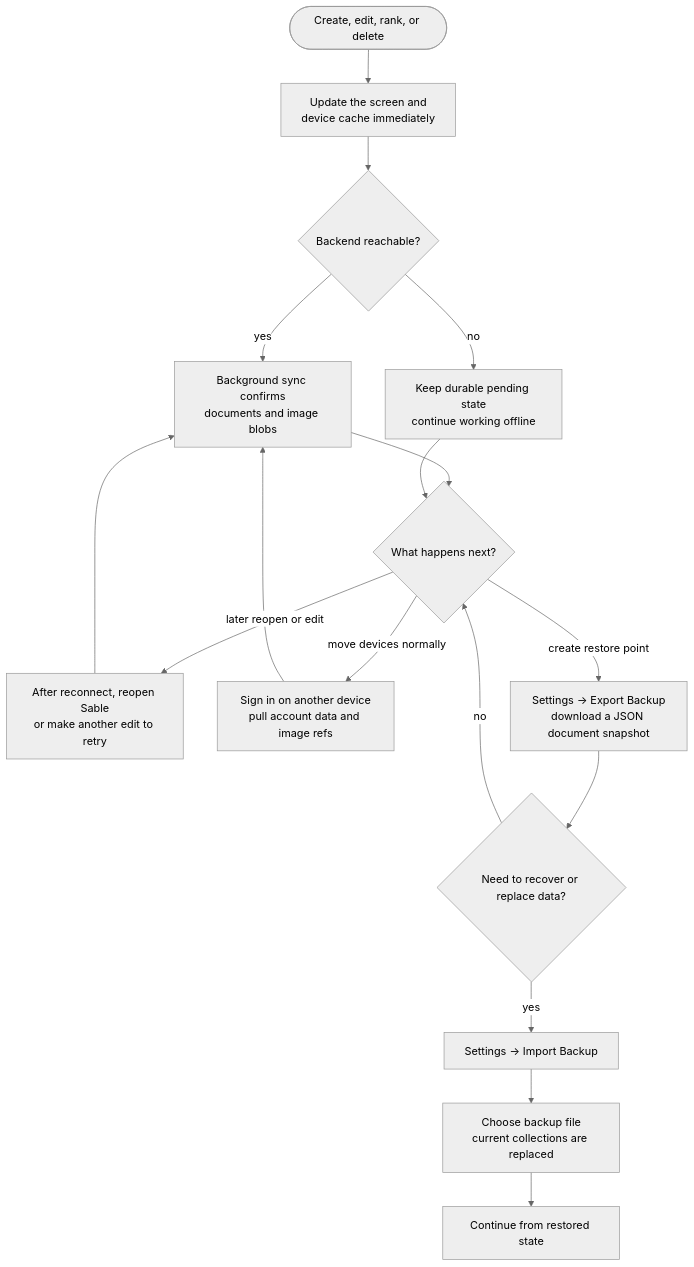
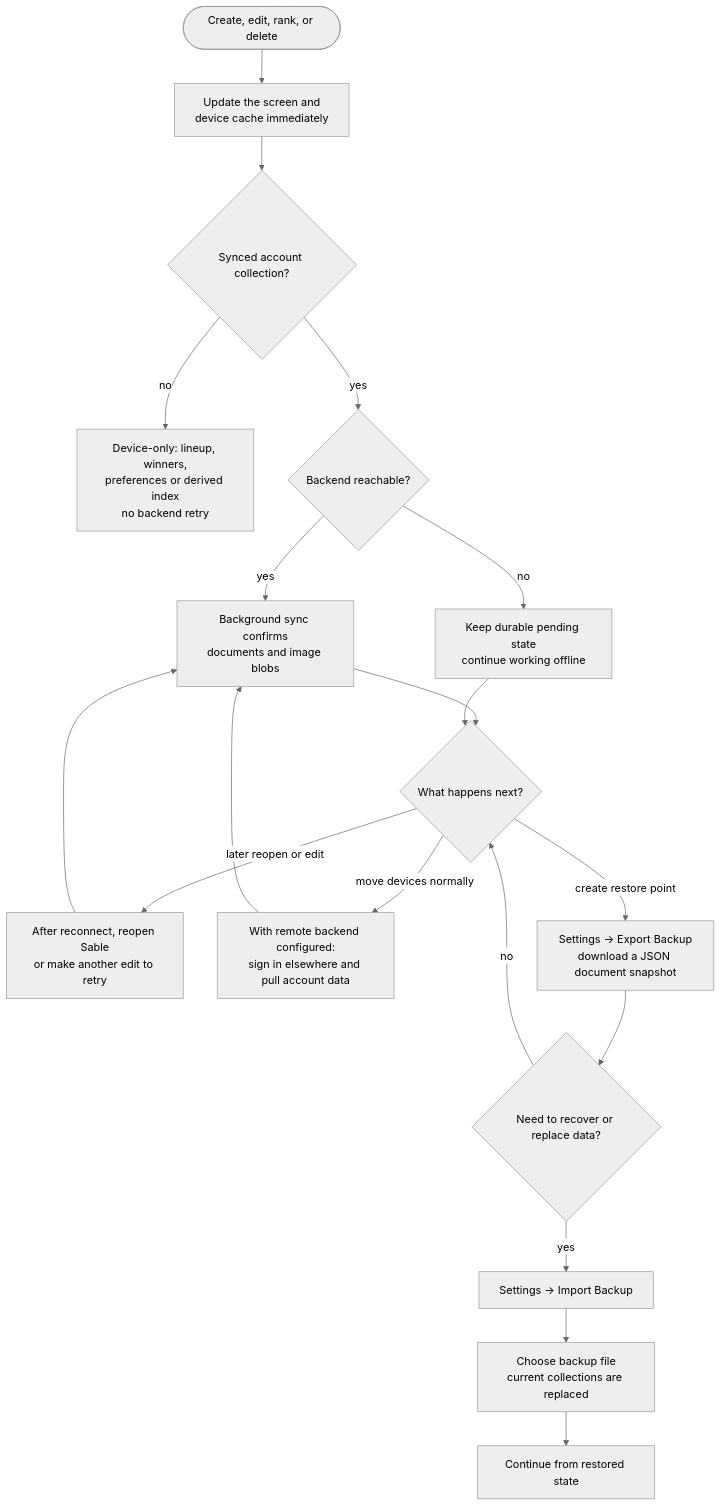
Before and after one commit to Pritesh1980/sable: the seventh of 7 diagrams in docs/USER-WORKFLOWS.md, drawn with Mermaid (neutral theme). The commit also changed other lines of this file and 3 other files, not shown here.

````diff
--- a/docs/USER-WORKFLOWS.md
+++ b/docs/USER-WORKFLOWS.md
@@ -250,25 +306,29 @@
 ```mermaid
 flowchart TB
   EDIT(["Create, edit, rank, or delete"])
   LOCAL["Update the screen and<br/>device cache immediately"]
+  KIND{"Synced account collection?"}
+  ONLY["Device-only: lineup, winners,<br/>preferences or derived index<br/>no backend retry"]
   ONLINE{"Backend reachable?"}
   SYNC["Background sync confirms<br/>documents and image blobs"]
   DIRTY["Keep durable pending state<br/>continue working offline"]
   RETURN{"What happens next?"}
   RETRY["After reconnect, reopen Sable<br/>or make another edit to retry"]
-  DEVICE["Sign in on another device<br/>pull account data and image refs"]
+  DEVICE["With remote backend configured:<br/>sign in elsewhere and pull account data"]
   BACKUP["Settings → Export Backup<br/>download a JSON document snapshot"]
   LOSS{"Need to recover or replace data?"}
   IMPORT["Settings → Import Backup"]
   REPLACE["Choose backup file<br/>current collections are replaced"]
   RESTORED["Continue from restored state"]
 
-  EDIT --> LOCAL --> ONLINE
+  EDIT --> LOCAL --> KIND
+  KIND -- no --> ONLY
+  KIND -- yes --> ONLINE
   ONLINE -- yes --> SYNC --> RETURN
   ONLINE -- no --> DIRTY --> RETURN
   RETURN -- "later reopen or edit" --> RETRY --> SYNC
   RETURN -- "move devices normally" --> DEVICE --> SYNC
   RETURN -- "create restore point" --> BACKUP --> LOSS
   LOSS -- yes --> IMPORT --> REPLACE --> RESTORED
   LOSS -- no --> RETURN
 ```
````
